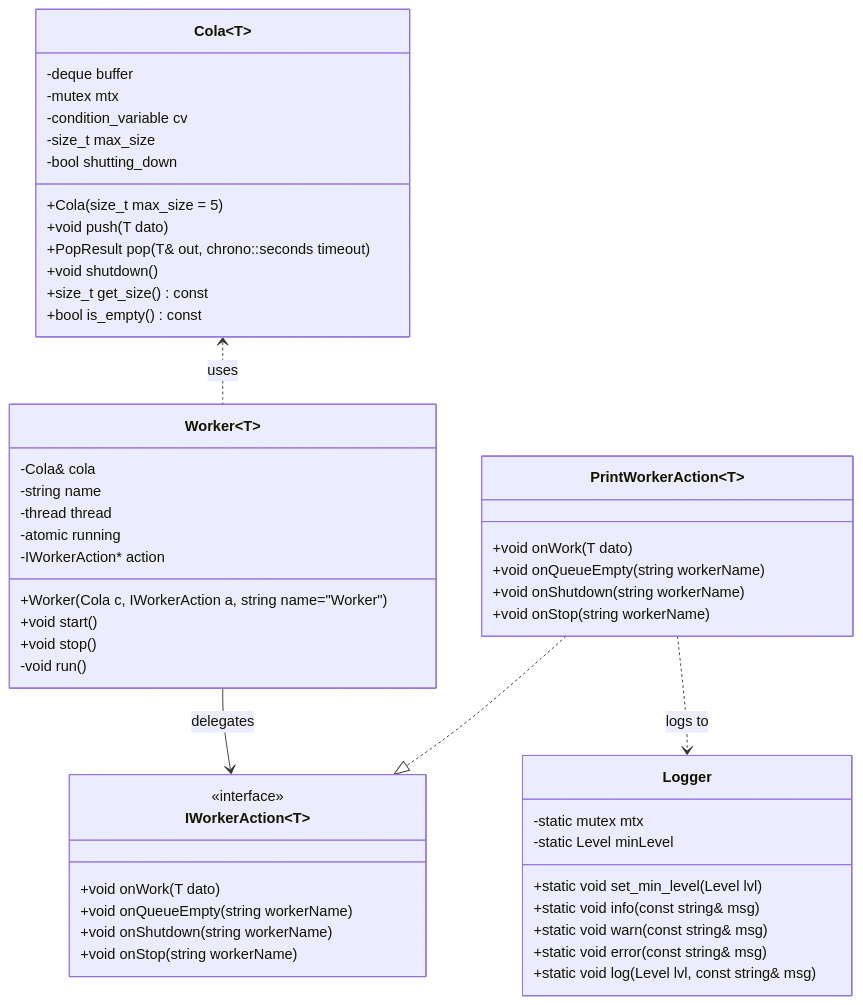
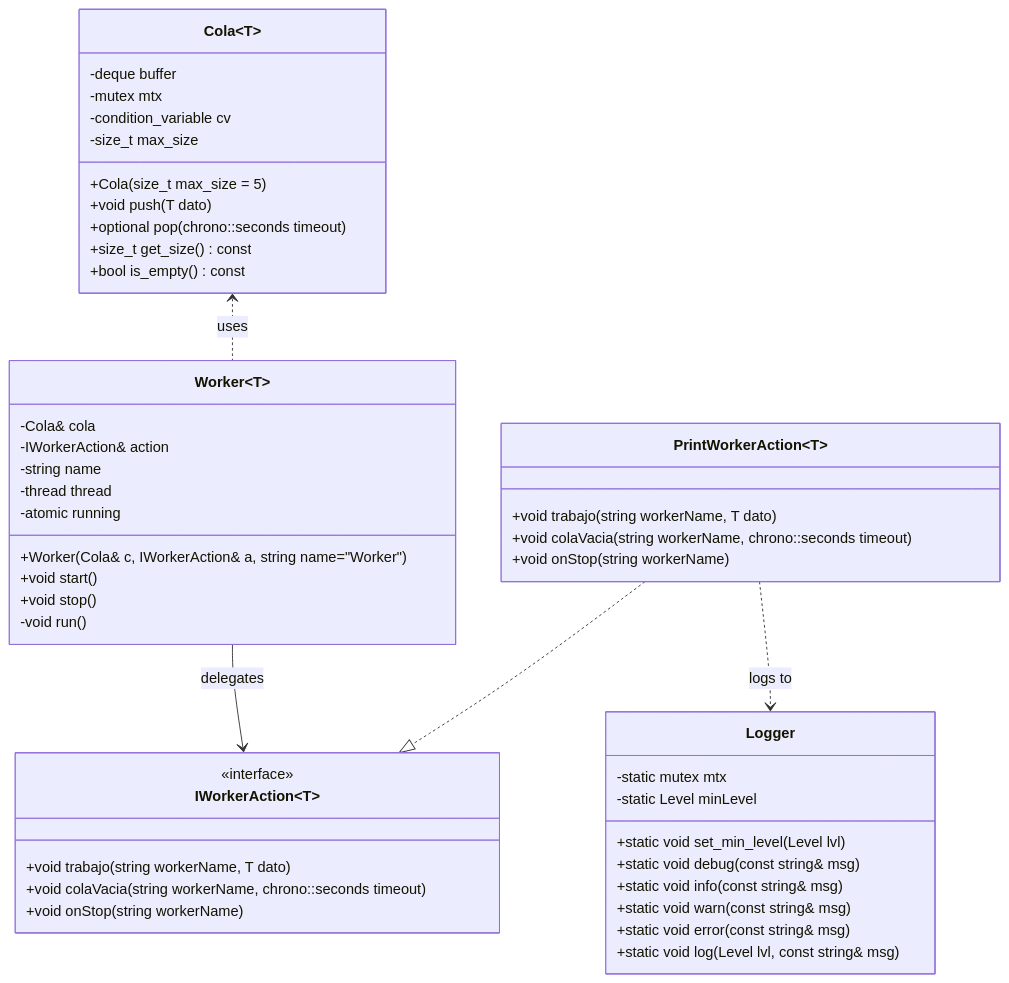
The second of 2 diagrams in README.md (sergioguerreroblanco-oss/cola-worker-test), drawn with Mermaid before and after one commit. The commit also changed other lines of this file and 10 other files, not shown here.

Commit message:
include optional in cola pop, delete cola shutdown, update documentation and apply clang

````diff
--- a/README.md
+++ b/README.md
@@ -96,60 +101,55 @@
 ```mermaid
 classDiagram
     class Cola~T~ {
         -deque<T> buffer
         -mutex mtx
         -condition_variable cv
         -size_t max_size
-        -bool shutting_down
         +Cola(size_t max_size = 5)
         +void push(T dato)
-        +PopResult pop(T& out, chrono::seconds timeout)
-        +void shutdown()
+        +optional<T> pop(chrono::seconds timeout)
         +size_t get_size() const
         +bool is_empty() const
     }
 
     class Worker~T~ {
         -Cola<T>& cola
+        -IWorkerAction<T>& action
         -string name
         -thread thread
         -atomic<bool> running
-        -IWorkerAction<T>* action
-        +Worker(Cola<T> c, IWorkerAction<T> a, string name="Worker")
+        +Worker(Cola<T>& c, IWorkerAction<T>& a, string name="Worker")
         +void start()
         +void stop()
         -void run()
     }
 
     class IWorkerAction~T~ {
         <<interface>>
-        +void onWork(T dato)
-        +void onQueueEmpty(string workerName)
-        +void onShutdown(string workerName)
+        +void trabajo(string workerName, T dato)
+        +void colaVacia(string workerName, chrono::seconds timeout)
         +void onStop(string workerName)
     }
 
     class PrintWorkerAction~T~ {
-        +void onWork(T dato)
-        +void onQueueEmpty(string workerName)
-        +void onShutdown(string workerName)
+        +void trabajo(string workerName, T dato)
+        +void colaVacia(string workerName, chrono::seconds timeout)
         +void onStop(string workerName)
     }
 
     class Logger {
         -static mutex mtx
         -static Level minLevel
         +static void set_min_level(Level lvl)
+        +static void debug(const string& msg)
         +static void info(const string& msg)
         +static void warn(const string& msg)
         +static void error(const string& msg)
         +static void log(Level lvl, const string& msg)
     }
 
     Cola <.. Worker : uses
     Worker --> IWorkerAction : delegates
     PrintWorkerAction ..|> IWorkerAction
     PrintWorkerAction ..> Logger : logs to
-
-
 ```
````
